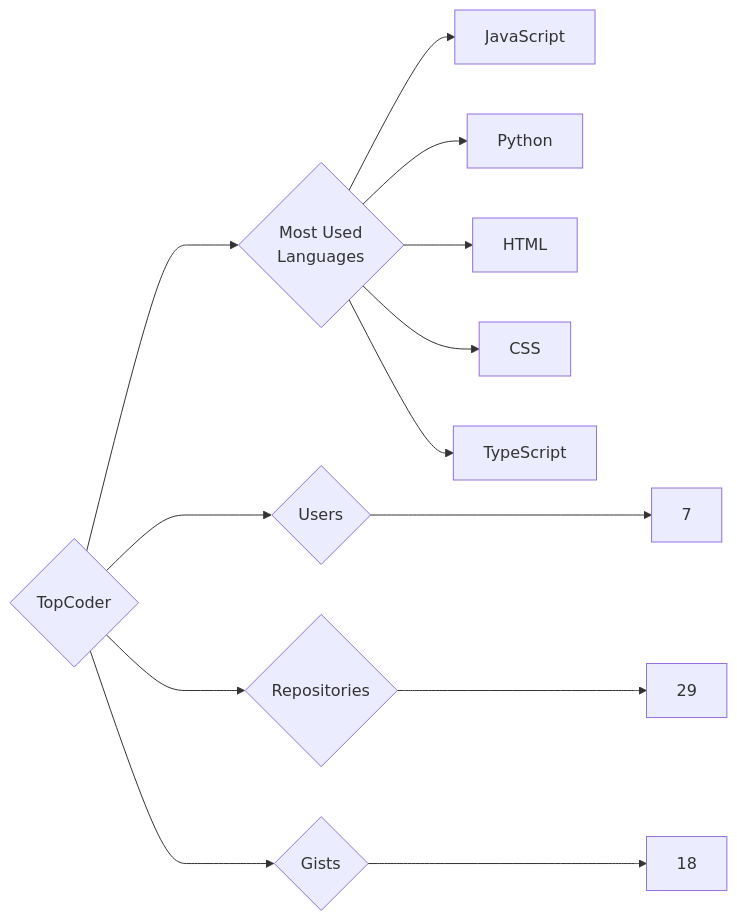
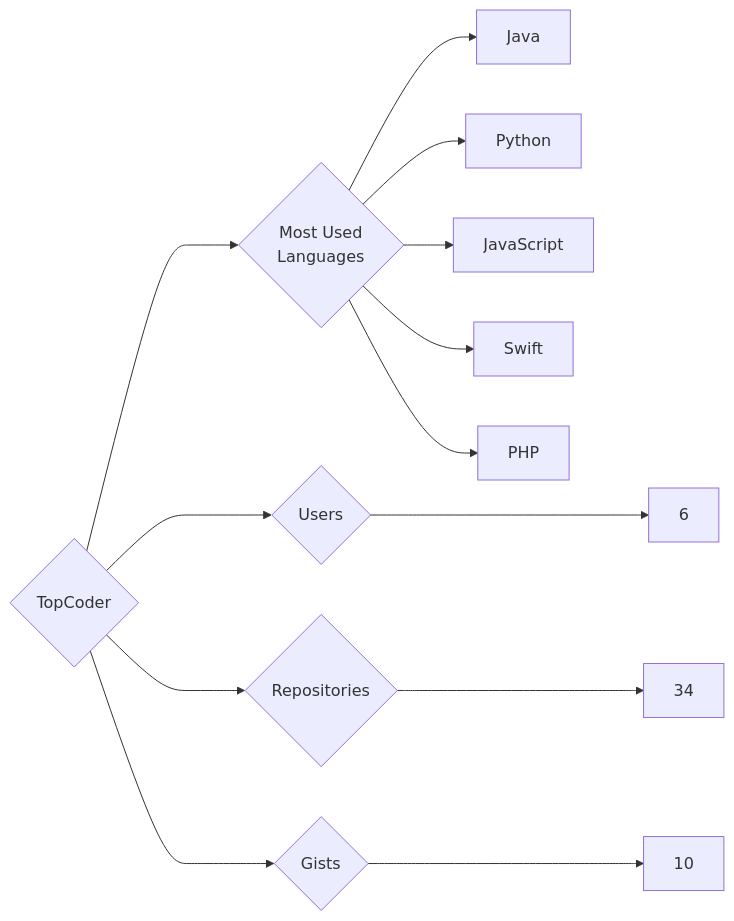
One commit to trickest/insiders changed the diagram in targets/TopCoder/README.md. Above: the diagram before and after it, drawn with Mermaid. The commit also changed 965 other files, not shown here.

````diff
--- a/targets/TopCoder/README.md
+++ b/targets/TopCoder/README.md
@@ -3,13 +3,13 @@
 ```mermaid
 graph LR
 COMPANY_NAME{TopCoder}
-COMPANY_NAME ---> U{Users} ---> UN[7]
-COMPANY_NAME ---> R{Repositories} ---> RN[29]
-COMPANY_NAME ---> G{Gists} ---> GN[18]
+COMPANY_NAME ---> U{Users} ---> UN[6]
+COMPANY_NAME ---> R{Repositories} ---> RN[34]
+COMPANY_NAME ---> G{Gists} ---> GN[10]
 COMPANY_NAME ---> ML{Most Used<br>Languages}
+ML --> Java[Java]
+ML --> Python[Python]
 ML --> JavaScript[JavaScript]
-ML --> Python[Python]
-ML --> HTML[HTML]
-ML --> CSS[CSS]
-ML --> TypeScript[TypeScript]
+ML --> Swift[Swift]
+ML --> PHP[PHP]
 ```
````
